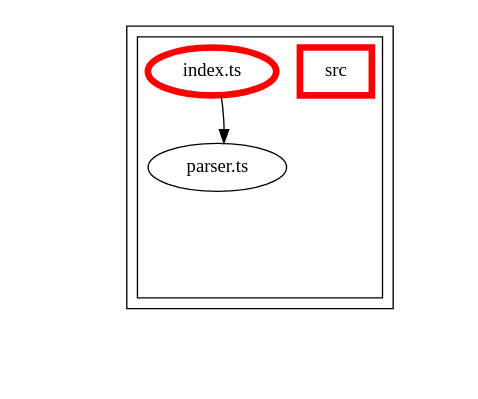
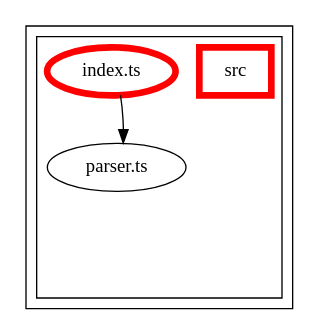
The diagram in packages/alfa-parser/docs/dependency-graph.dot (Siteimprove/alfa), drawn with Graphviz before and after one commit. The commit also changed 161 other files, not shown here.

First line of the commit message:
Update packages dependency graphs (#1900)

```diff
--- a/packages/alfa-parser/docs/dependency-graph.dot
+++ b/packages/alfa-parser/docs/dependency-graph.dot
@@ -1,65 +1,51 @@
-digraph "dependency-graph-[object Object]" {
+digraph "dependency-graph-@siteimprove/alfa-parser" {
   compound = true;
-  "dependency-graph-[object Object]" [
-    style = "invis";
-  ];
   "src/parser.ts";
   subgraph "cluster_src" {
     color = "#000000";
     label = "";
-    "name_src" [
-      penwidth = 5;
-      shape = "rectangle";
-      color = "#ff0000";
-      label = "src";
-    ];
     "exit_src" [
       style = "invis";
     ];
     subgraph "cluster_src" {
       color = "#000000";
       label = "";
       "name_src" [
         penwidth = 5;
         shape = "rectangle";
         color = "#ff0000";
         label = "src";
       ];
       "exit_src" [
         style = "invis";
       ];
+      "src/parser.ts" [
+        label = "parser.ts";
+      ];
       "src/index.ts" [
         label = "index.ts";
         color = "#ff0000";
         penwidth = 5;
       ];
-      "src/parser.ts" [
-        label = "parser.ts";
+      "src/parser.ts" -> "exit_src" [
+        style = "invis";
       ];
       "src/index.ts" -> "exit_src" [
-        style = "invis";
-      ];
-      "src/parser.ts" -> "exit_src" [
         style = "invis";
       ];
     }
     "exit_src" -> "exit_src" [
       style = "invis";
     ];
     "exit_src" -> "exit_src" [
       style = "invis";
     ];
   }
-  "exit_src" -> "dependency-graph-[object Object]" [
-    style = "invis";
-  ];
   "src/index.ts" -> "src/parser.ts" [
     style = "invis";
   ];
   "src/index.ts" -> "src/parser.ts" [
     style = "solid";
-    ltail = "cluster_src/index.ts";
-    lhead = "cluster_src/parser.ts";
     color = "black";
   ];
 }
```
